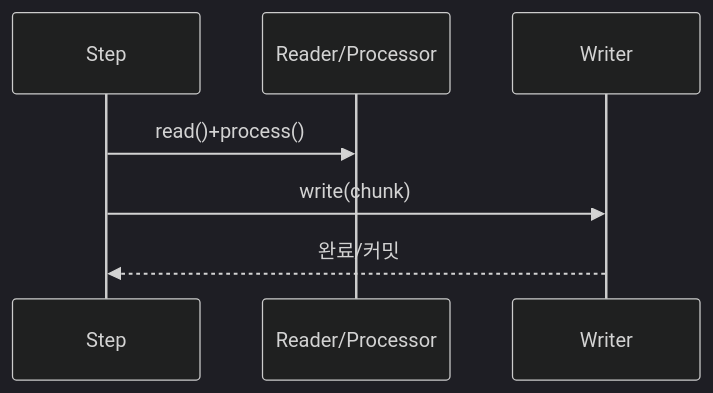
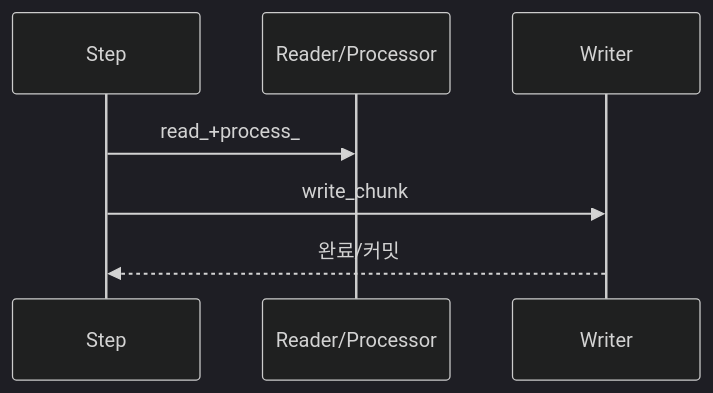
Before and after one commit to yjkim2015/yjkim2015.github.io: the fourth of 6 diagrams in _posts/spring/2026-05-02-spring-batch-deep.md, drawn with Mermaid (dark theme). The commit also changed other lines of this file and 85 other files, not shown here.

First line of the commit message:
sequenceDiagram 문법 에러 2차 수정 169개 (86파일)

````diff
--- a/_posts/spring/2026-05-02-spring-batch-deep.md
+++ b/_posts/spring/2026-05-02-spring-batch-deep.md
@@ -92,9 +92,9 @@
 ```mermaid
 sequenceDiagram
     participant S as Step
     participant R as Reader/Processor
     participant W as Writer
-    S->>R: read()+process()
-    S->>W: write(chunk)
+    S->>R: read_+process_
+    S->>W: write_chunk
     W-->>S: 완료/커밋
 ```
````
